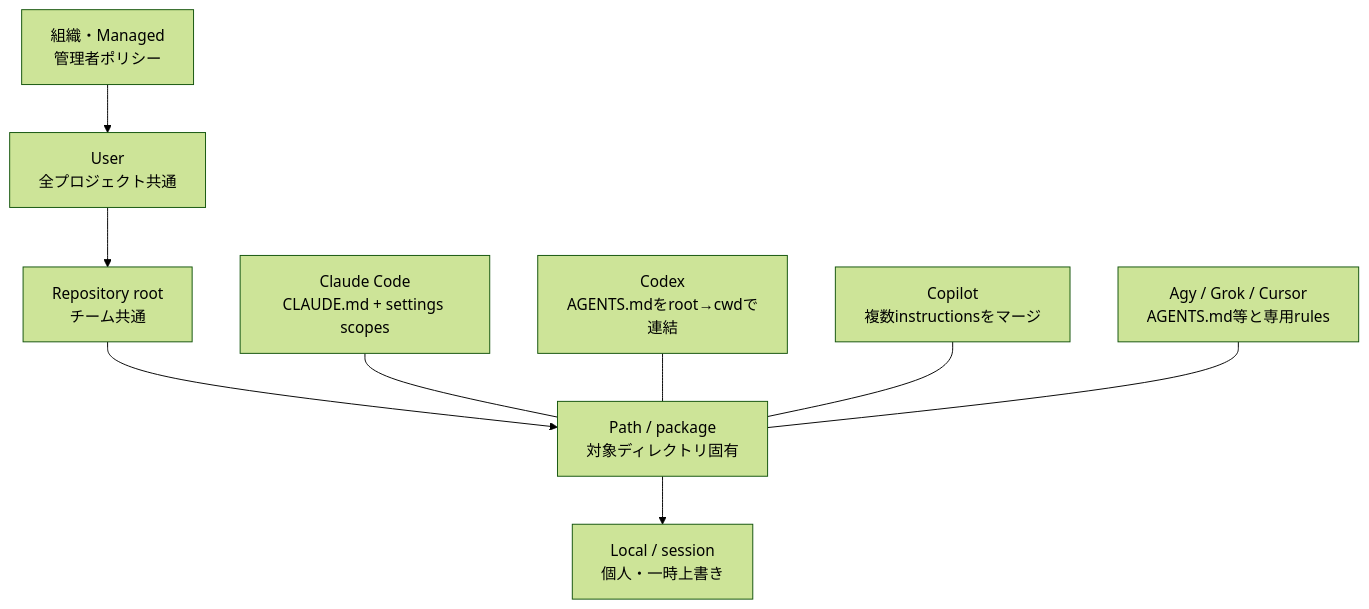
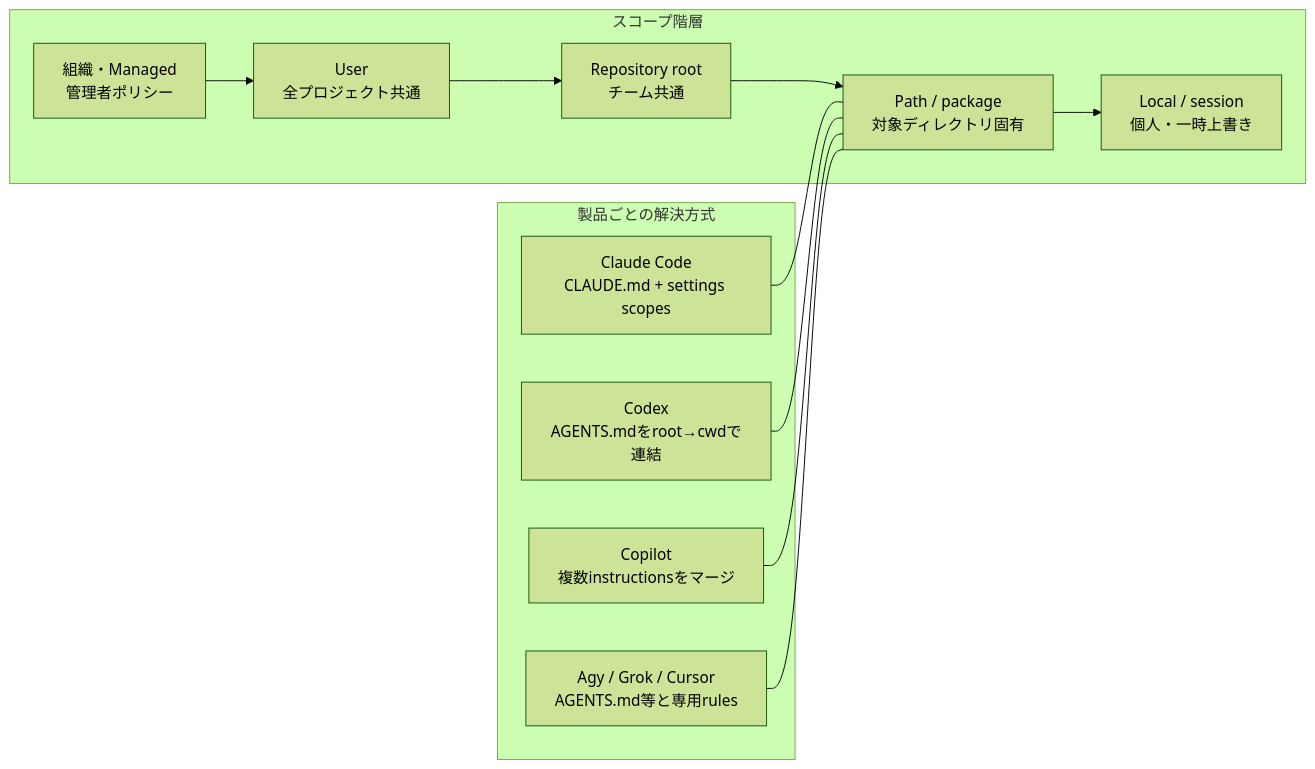
One commit to suwa-sh/zenn-contents changed the second of 4 diagrams in articles/agentic-coding-clis_20260807.md. Above: the diagram before and after it, drawn with Mermaid (forest theme). The commit also changed other lines of this file and 1 other file, not shown here.

````diff
--- a/articles/agentic-coding-clis_20260807.md
+++ b/articles/agentic-coding-clis_20260807.md
@@ -75,12 +76,21 @@
 ```mermaid
-flowchart TD
-    O["組織・Managed<br/>管理者ポリシー"] --> U["User<br/>全プロジェクト共通"]
-    U --> R["Repository root<br/>チーム共通"]
-    R --> P["Path / package<br/>対象ディレクトリ固有"]
-    P --> L["Local / session<br/>個人・一時上書き"]
+flowchart LR
+    subgraph SCOPE["スコープ階層"]
+        O["組織・Managed<br/>管理者ポリシー"] --> U["User<br/>全プロジェクト共通"]
+        U --> R["Repository root<br/>チーム共通"]
+        R --> P["Path / package<br/>対象ディレクトリ固有"]
+        P --> L["Local / session<br/>個人・一時上書き"]
+    end
 
-    C1["Claude Code<br/>CLAUDE.md + settings scopes"] --- P
-    C2["Codex<br/>AGENTS.mdをroot→cwdで連結"] --- P
-    C3["Copilot<br/>複数instructionsをマージ"] --- P
-    C4["Agy / Grok / Cursor<br/>AGENTS.md等と専用rules"] --- P
+    subgraph PRODUCT["製品ごとの解決方式"]
+        C1["Claude Code<br/>CLAUDE.md + settings scopes"]
+        C2["Codex<br/>AGENTS.mdをroot→cwdで連結"]
+        C3["Copilot<br/>複数instructionsをマージ"]
+        C4["Agy / Grok / Cursor<br/>AGENTS.md等と専用rules"]
+    end
+
+    C1 --- P
+    C2 --- P
+    C3 --- P
+    C4 --- P
 ```
````
